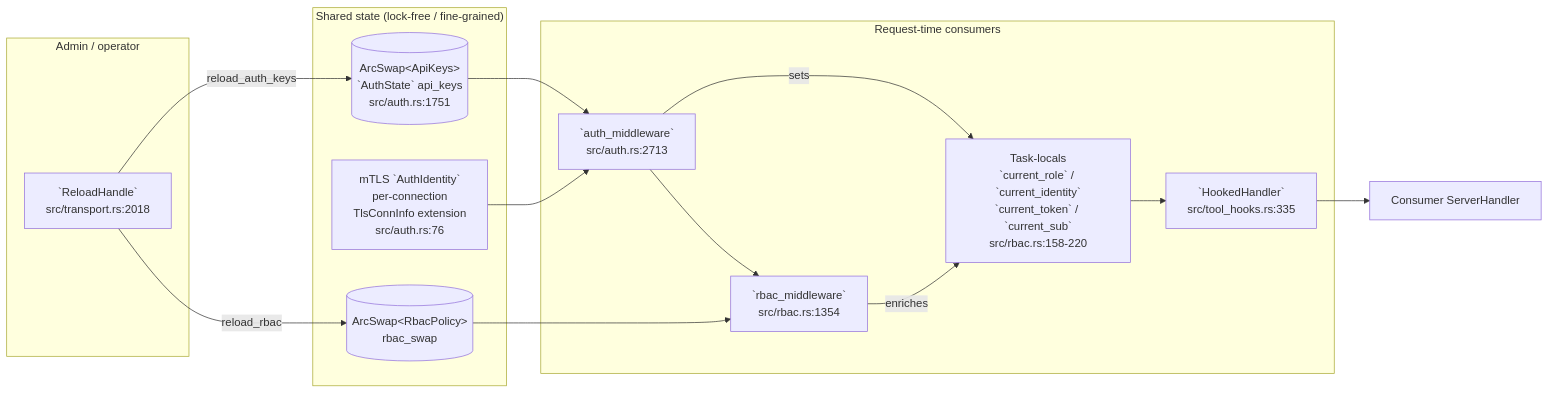
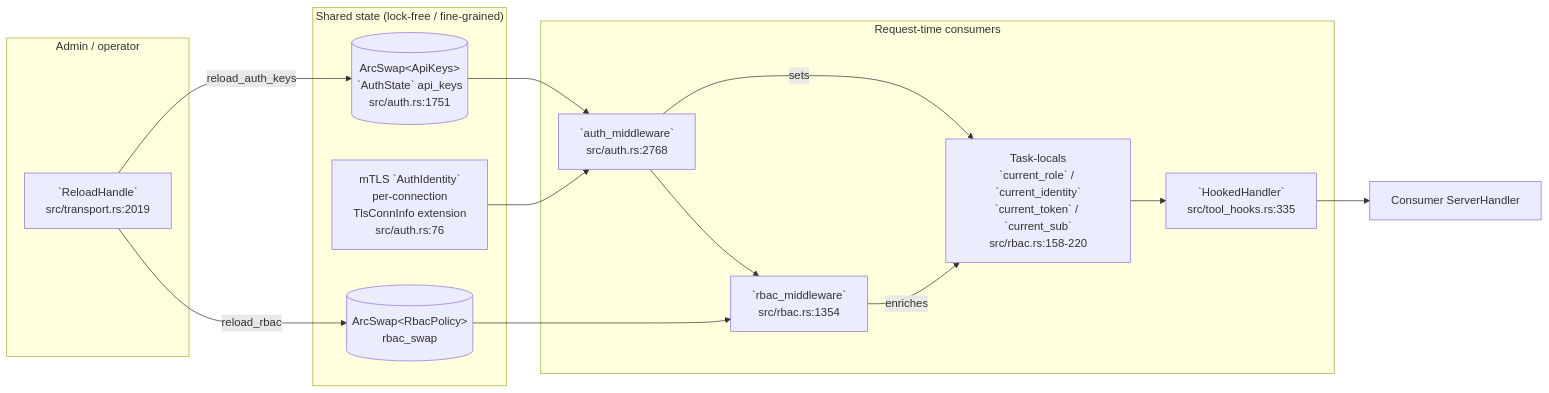
One commit to andrico21/rmcp-server-kit changed the third of 4 diagrams in docs/MINDMAP.md. Above: the diagram before and after it, drawn with Mermaid. The commit also changed other lines of this file and 7 other files, not shown here.

````diff
--- a/docs/MINDMAP.md
+++ b/docs/MINDMAP.md
@@ -332,31 +332,31 @@
 ```mermaid
 flowchart LR
     subgraph Admin["Admin / operator"]
-        RH[`ReloadHandle`<br/>src/transport.rs:2018]
+        RH[`ReloadHandle`<br/>src/transport.rs:2019]
     end
 
     subgraph SharedState["Shared state (lock-free / fine-grained)"]
         AKS[(ArcSwap&lt;ApiKeys&gt;<br/>`AuthState` api_keys<br/>src/auth.rs:1751)]
         RBS[(ArcSwap&lt;RbacPolicy&gt;<br/>rbac_swap)]
         MTL[mTLS `AuthIdentity`<br/>per-connection<br/>TlsConnInfo extension<br/>src/auth.rs:76]
     end
 
     subgraph Hot["Request-time consumers"]
-        AM[`auth_middleware`<br/>src/auth.rs:2713]
+        AM[`auth_middleware`<br/>src/auth.rs:2768]
         BM[`rbac_middleware`<br/>src/rbac.rs:1354]
         TL["Task-locals<br/>`current_role` / `current_identity`<br/>`current_token` / `current_sub`<br/>src/rbac.rs:158-220"]
         TH[`HookedHandler`<br/>src/tool_hooks.rs:335]
     end
 
     RH -- reload_auth_keys --> AKS
     RH -- reload_rbac --> RBS
 
     AKS --> AM
     MTL --> AM
     AM -- sets --> TL
     AM --> BM
     RBS --> BM
     BM -- enriches --> TL
     TL --> TH
     TH --> Consumer[Consumer ServerHandler]
 ```
````
